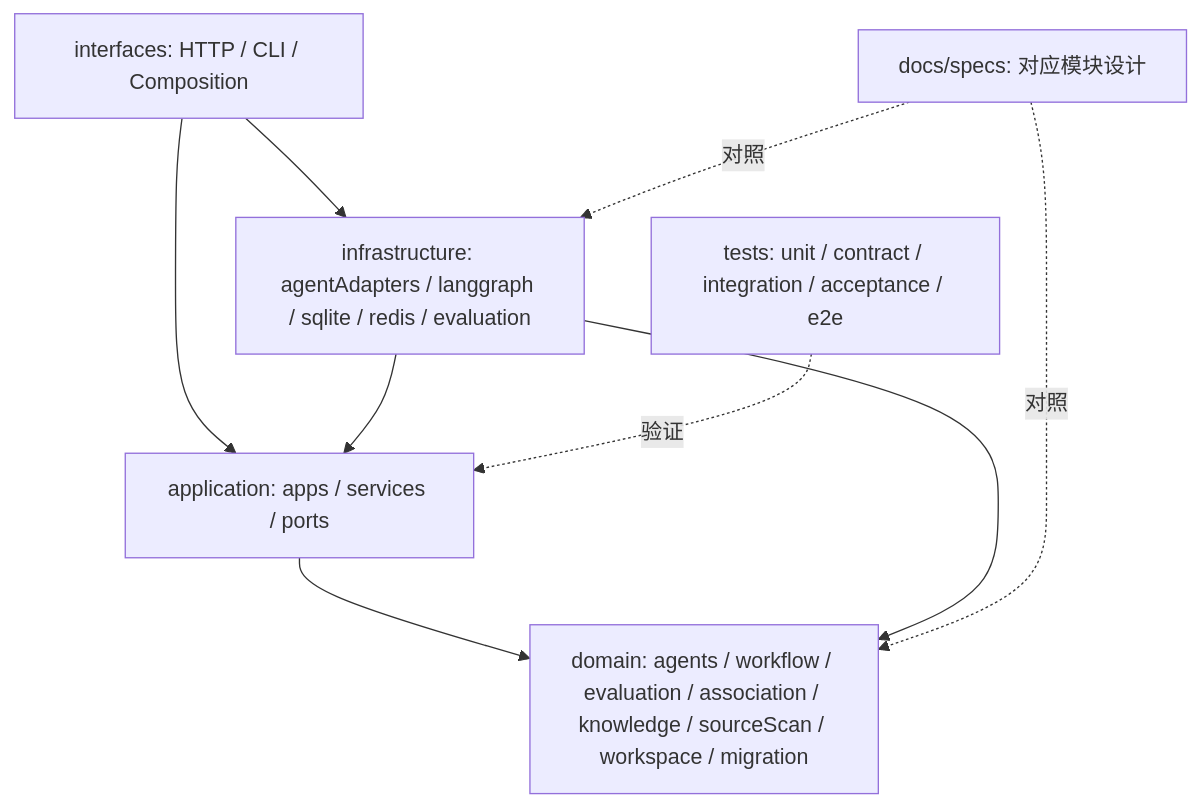
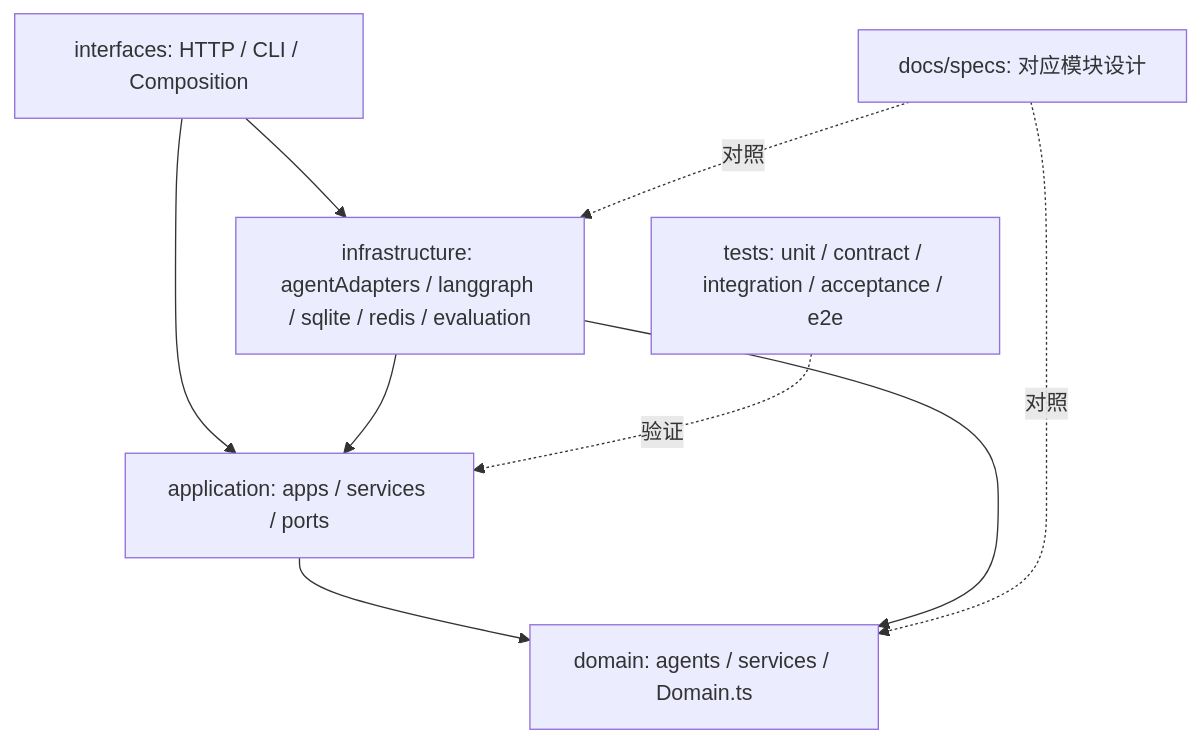
Before and after one commit to linlisWorkTeam/domain-knowledge: the second of 5 diagrams in docs/diagrams/Views4Plus1.md, drawn with Mermaid. The commit also changed other lines of this file and 66 other files, not shown here.

Commit message:
refactor(domain): expose services and specify parallel subagent development

````diff
--- a/docs/diagrams/Views4Plus1.md
+++ b/docs/diagrams/Views4Plus1.md
@@ -29,11 +33,11 @@
 ```mermaid
 flowchart TB
   I[interfaces: HTTP / CLI / Composition] --> A[application: apps / services / ports]
-  A --> D[domain: agents / workflow / evaluation / association / knowledge / sourceScan / workspace / migration]
+  A --> D[domain: agents / services / Domain.ts]
   I --> F[infrastructure: agentAdapters / langgraph / sqlite / redis / evaluation]
   F --> A
   F --> D
   S[docs/specs: 对应模块设计] -. 对照 .-> D
   S -. 对照 .-> F
   T[tests: unit / contract / integration / acceptance / e2e] -. 验证 .-> A
 ```
````
